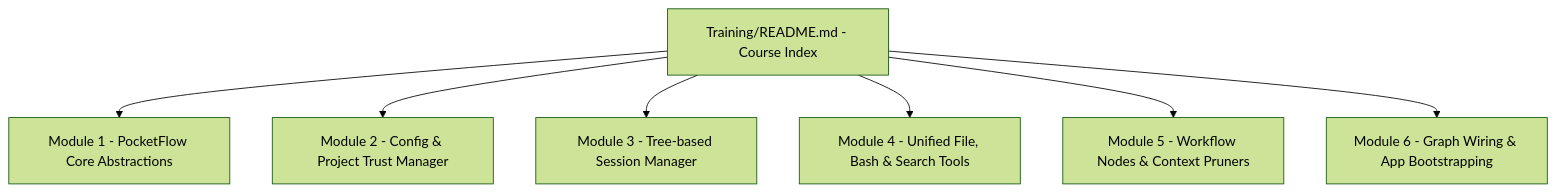
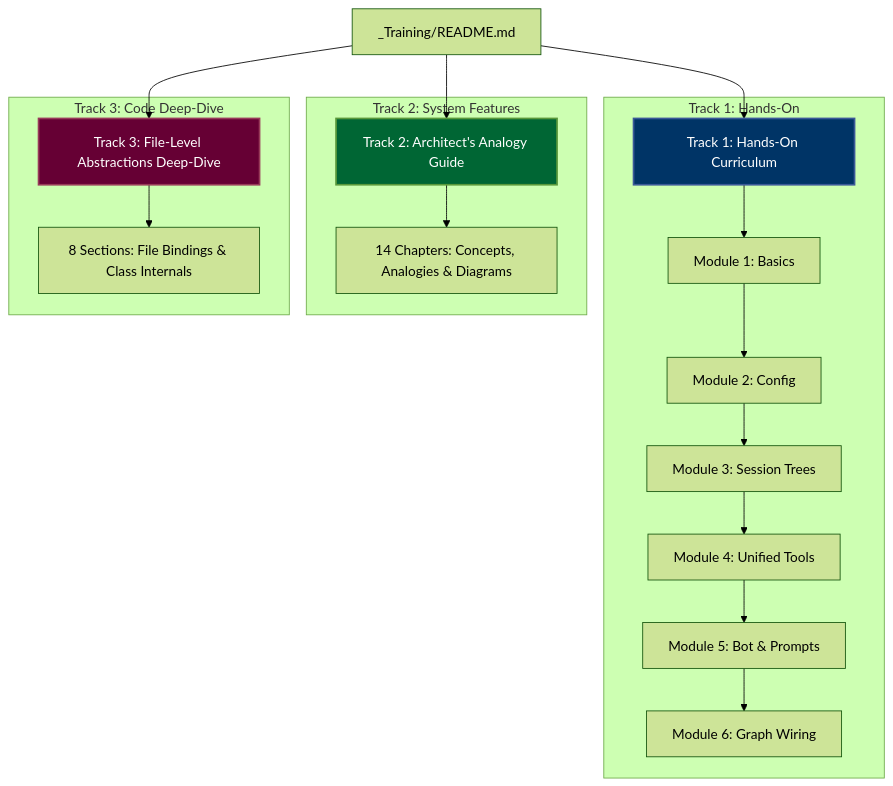
Before and after one commit to mbenetti/Pocket-Pi: the first of 2 diagrams in Training/README.md, drawn with Mermaid (forest theme). The commit also changed other lines of this file and 28 other files, not shown here.

Commit message:
docs: add unified learning & training portal with Track 2 and Track 3 tracks

````diff
--- a/Training/README.md
+++ b/Training/README.md
@@ -13,9 +11,23 @@
 ```mermaid
 flowchart TD
-    Index[Training/README.md - Course Index] --> M1[Module 1 - PocketFlow Core Abstractions]
-    Index --> M2[Module 2 - Config & Project Trust Manager]
-    Index --> M3[Module 3 - Tree-based Session Manager]
-    Index --> M4[Module 4 - Unified File, Bash & Search Tools]
-    Index --> M5[Module 5 - Workflow Nodes & Context Pruners]
-    Index --> M6[Module 6 - Graph Wiring & App Bootstrapping]
+    Index[_Training/README.md] --> T1["Track 1: Hands-On Curriculum"]
+    Index --> T2["Track 2: Architect's Analogy Guide"]
+    Index --> T3["Track 3: File-Level Abstractions Deep-Dive"]
+
+    subgraph "Track 1: Hands-On"
+        T1 --> M1[Module 1: Basics] --> M2[Module 2: Config] --> M3[Module 3: Session Trees]
+        M3 --> M4[Module 4: Unified Tools] --> M5[Module 5: Bot & Prompts] --> M6[Module 6: Graph Wiring]
+    end
+
+    subgraph "Track 2: System Features"
+        T2 --> F1["14 Chapters: Concepts, Analogies & Diagrams"]
+    end
+
+    subgraph "Track 3: Code Deep-Dive"
+        T3 --> C1["8 Sections: File Bindings & Class Internals"]
+    end
+    
+    style T1 fill:#003466,stroke:#3b5998,stroke-width:2px,color:#fff
+    style T2 fill:#006634,stroke:#59983b,stroke-width:2px,color:#fff
+    style T3 fill:#660034,stroke:#983b59,stroke-width:2px,color:#fff
 ```
````
